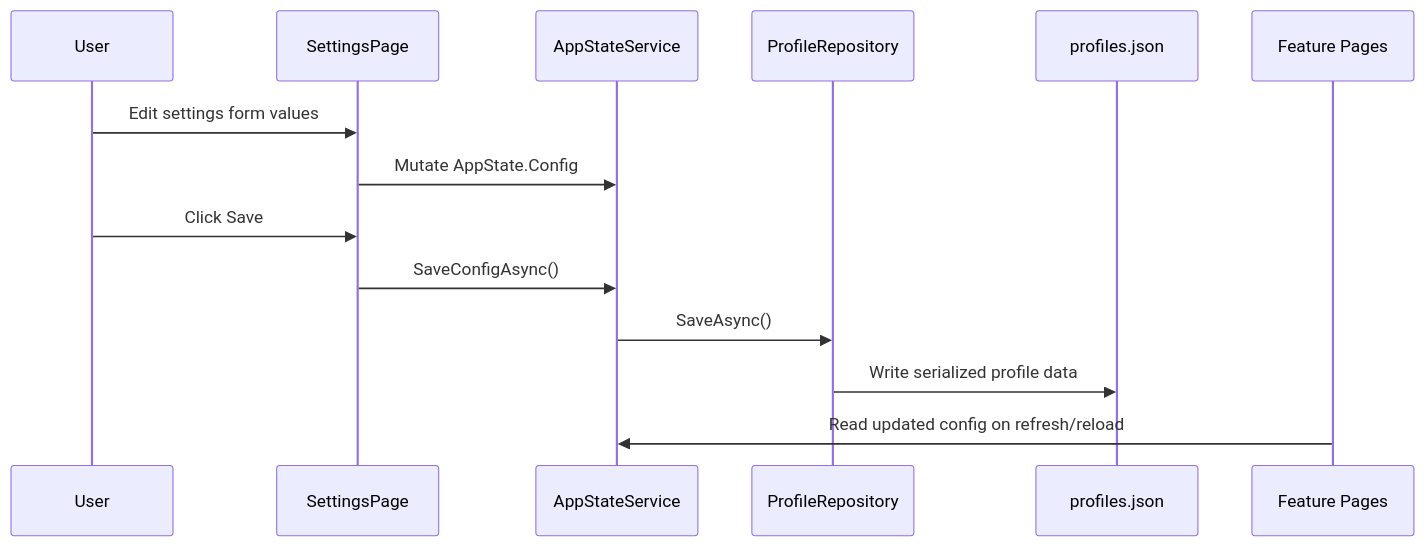
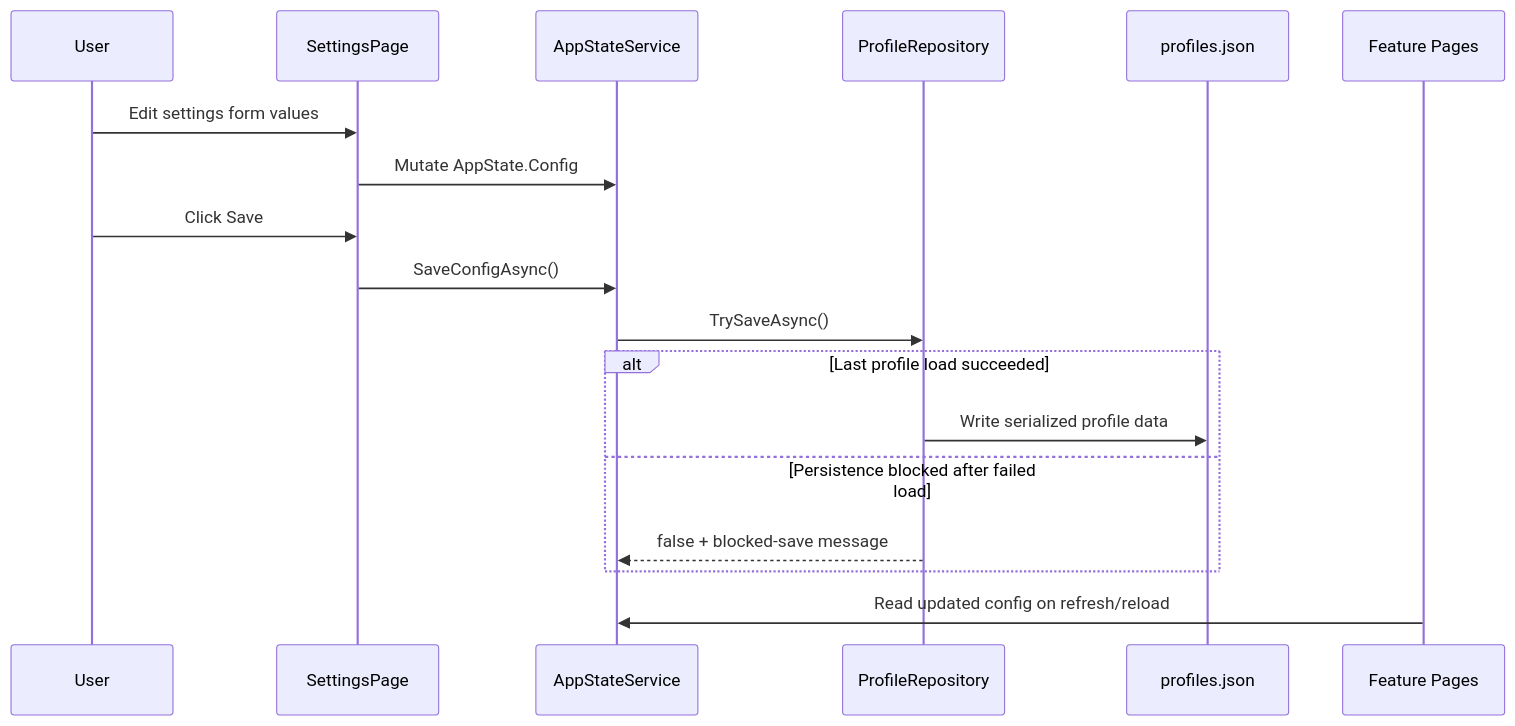
The fifth of 5 diagrams in docs/architecture/design.md (SWojtyla/SwebKit), drawn with Mermaid before and after one commit. The commit also changed other lines of this file and 65 other files, not shown here.

````diff
--- a/docs/architecture/design.md
+++ b/docs/architecture/design.md
@@ -180,17 +196,21 @@
 ```mermaid
 sequenceDiagram
     participant User
     participant Settings as SettingsPage
     participant AppState as AppStateService
     participant Profiles as ProfileRepository
     participant Json as profiles.json
     participant Pages as Feature Pages
 
     User->>Settings: Edit settings form values
     Settings->>AppState: Mutate AppState.Config
     User->>Settings: Click Save
     Settings->>AppState: SaveConfigAsync()
-    AppState->>Profiles: SaveAsync()
-    Profiles->>Json: Write serialized profile data
+    AppState->>Profiles: TrySaveAsync()
+    alt Last profile load succeeded
+        Profiles->>Json: Write serialized profile data
+    else Persistence blocked after failed load
+        Profiles-->>AppState: false + blocked-save message
+    end
     Pages->>AppState: Read updated config on refresh/reload
 ```
````
